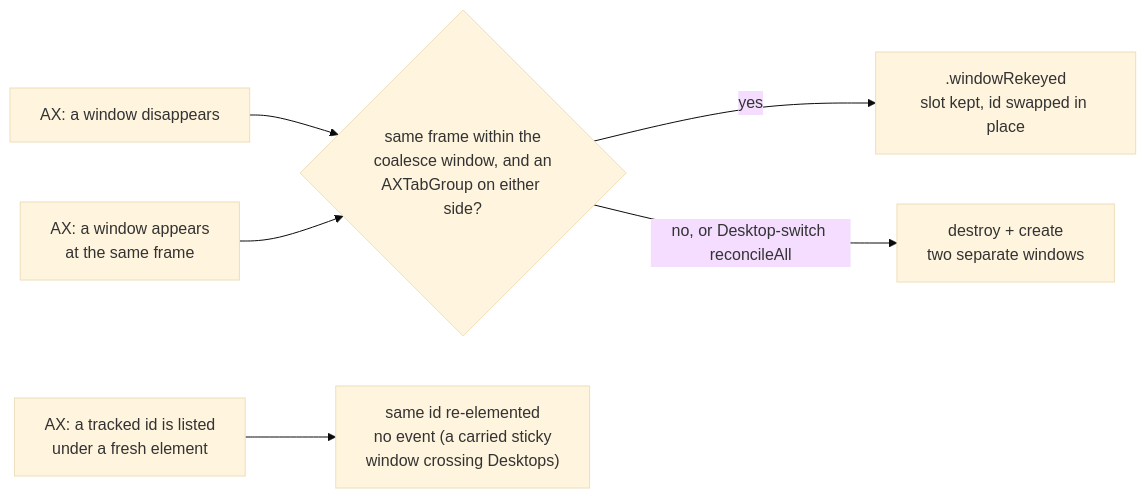
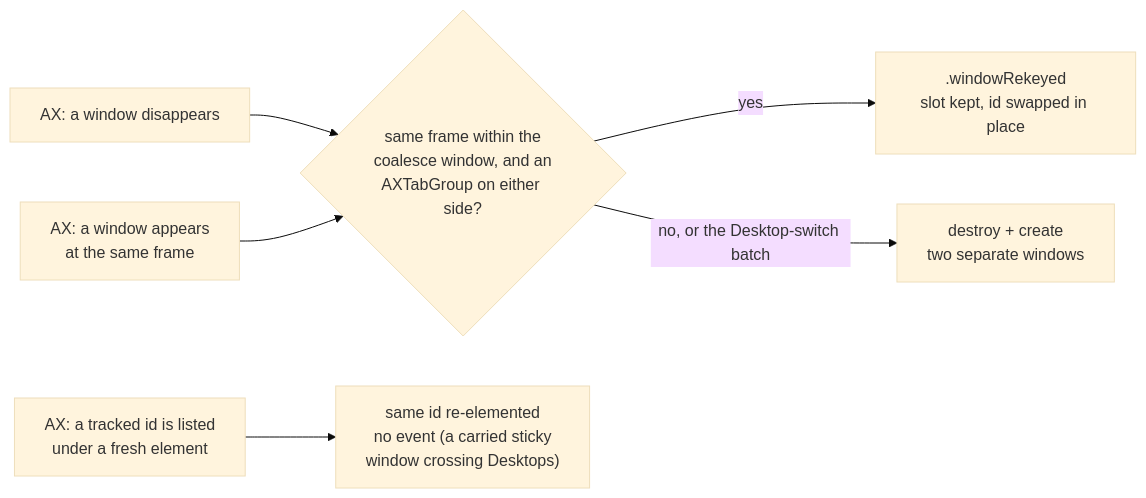
Before and after one commit to KiwiCanopy/KiwiDesk: the third of 7 diagrams in docs/architecture.md, drawn with Mermaid (base theme). The commit also changed other lines of this file and 31 other files, not shown here.

First line of the commit message:
perf(ax): read a Desktop switch's window lists off the main actor (#2429)

````diff
--- a/docs/architecture.md
+++ b/docs/architecture.md
@@ -106,8 +106,8 @@
 ```mermaid
 flowchart LR
     A["AX: a window disappears"] --> C{"same frame within the<br/>coalesce window, and an<br/>AXTabGroup on either side?"}
     B["AX: a window appears<br/>at the same frame"] --> C
     C -->|yes| R[".windowRekeyed<br/>slot kept, id swapped in place"]
-    C -->|no, or Desktop-switch reconcileAll| D["destroy + create<br/>two separate windows"]
+    C -->|no, or the Desktop-switch batch| D["destroy + create<br/>two separate windows"]
     E["AX: a tracked id is listed<br/>under a fresh element"] --> F["same id re-elemented<br/>no event (a carried sticky<br/>window crossing Desktops)"]
 ```
````
